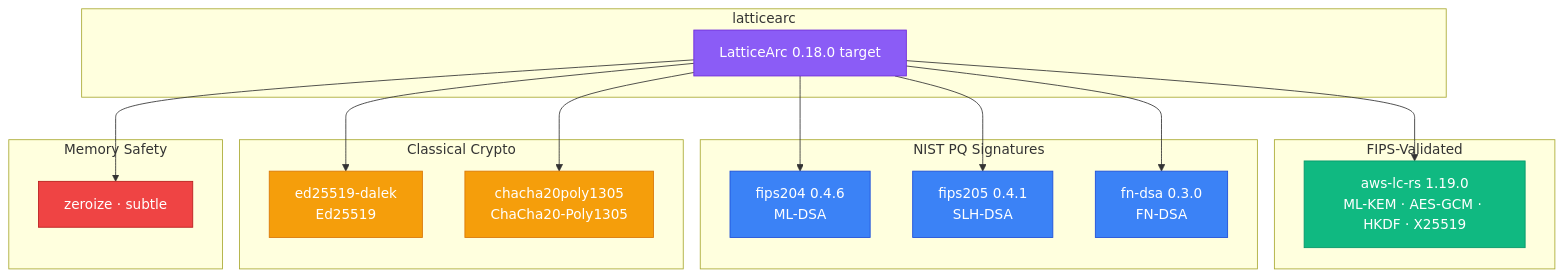
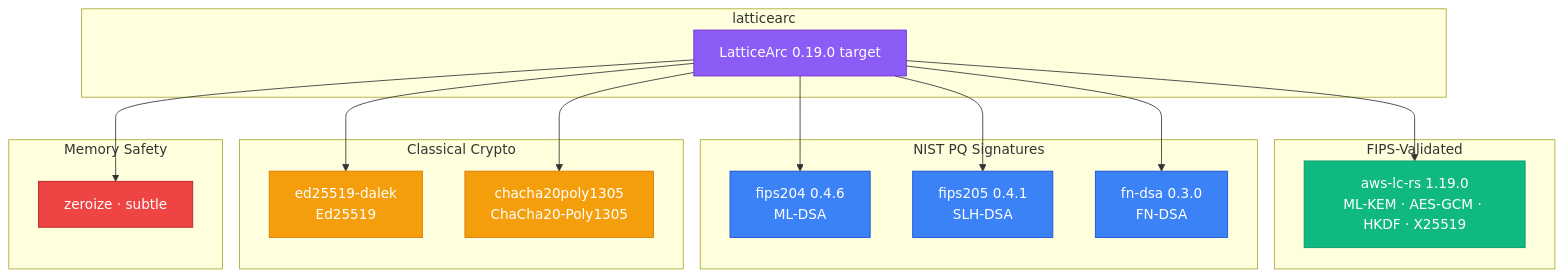
The diagram in docs/DEPENDENCY_JUSTIFICATION.md (LatticeArc/latticearc), drawn with Mermaid before and after one commit. The commit also changed other lines of this file and 11 other files, not shown here.

````diff
--- a/docs/DEPENDENCY_JUSTIFICATION.md
+++ b/docs/DEPENDENCY_JUSTIFICATION.md
@@ -12,45 +12,45 @@
 ```mermaid
 flowchart TB
     subgraph "latticearc"
-        LA[LatticeArc 0.18.0 target]
+        LA[LatticeArc 0.19.0 target]
     end
 
     subgraph "FIPS-Validated"
         AWSLC["aws-lc-rs 1.19.0\nML-KEM · AES-GCM · HKDF · X25519"]
     end
 
     subgraph "NIST PQ Signatures"
         F204["fips204 0.4.6\nML-DSA"]
         F205["fips205 0.4.1\nSLH-DSA"]
         FNDSA["fn-dsa 0.3.0\nFN-DSA"]
     end
 
     subgraph "Classical Crypto"
         DALEK["ed25519-dalek\nEd25519"]
         CHA["chacha20poly1305\nChaCha20-Poly1305"]
     end
 
     subgraph "Memory Safety"
         ZERO["zeroize · subtle"]
     end
 
     LA --> AWSLC
     LA --> F204
     LA --> F205
     LA --> FNDSA
     LA --> DALEK
     LA --> CHA
     LA --> ZERO
 
     classDef main fill:#8b5cf6,stroke:#6d28d9,color:#fff
     classDef fips fill:#10b981,stroke:#059669,color:#fff
     classDef nist fill:#3b82f6,stroke:#1d4ed8,color:#fff
     classDef cl fill:#f59e0b,stroke:#d97706,color:#fff
     classDef safety fill:#ef4444,stroke:#b91c1c,color:#fff
 
     class LA main
     class AWSLC fips
     class F204,F205,FNDSA nist
     class DALEK,CHA cl
     class ZERO safety
 ```
````
